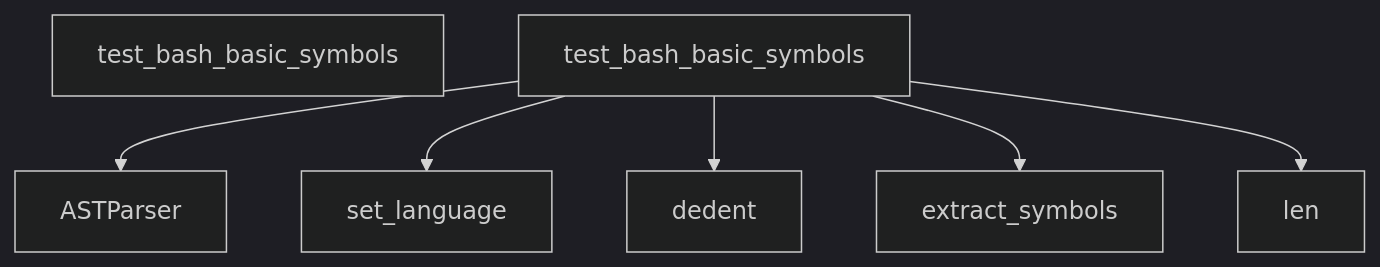
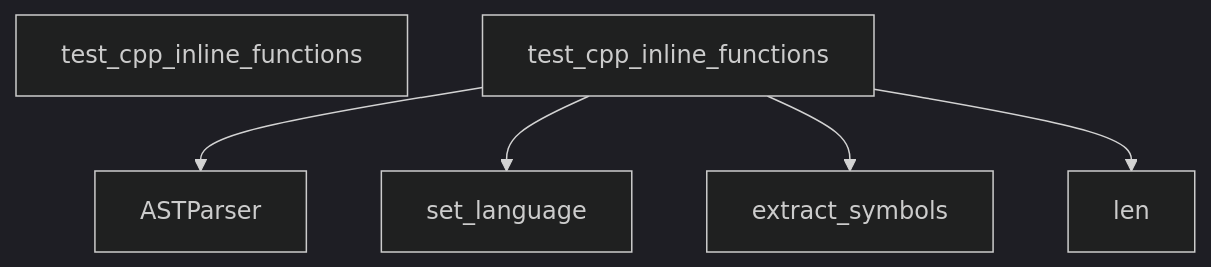
Diagram 23 of 27 in docs/DATA_FLOW.md (hazalkoom/DECODEx01), drawn with Mermaid (dark theme) before and after one commit. The commit also changed other lines of this file and 12 other files, not shown here.

````diff
--- a/docs/DATA_FLOW.md
+++ b/docs/DATA_FLOW.md
@@ -877,25 +785,21 @@
 ```mermaid
 graph TD
-    Start[test_bash_basic_symbols]
+    Start[test_cpp_inline_functions]
 
 
-    test_bash_basic_symbols --> ASTParser
+    test_cpp_inline_functions --> ASTParser
 
 
 
-    test_bash_basic_symbols --> set_language
+    test_cpp_inline_functions --> set_language
 
 
 
-    test_bash_basic_symbols --> dedent
+    test_cpp_inline_functions --> extract_symbols
 
 
 
-    test_bash_basic_symbols --> extract_symbols
-
-
-
-    test_bash_basic_symbols --> len
+    test_cpp_inline_functions --> len
 
 
 ```
````
